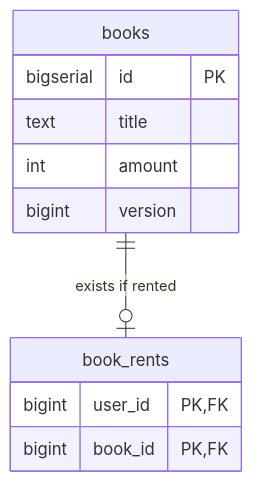
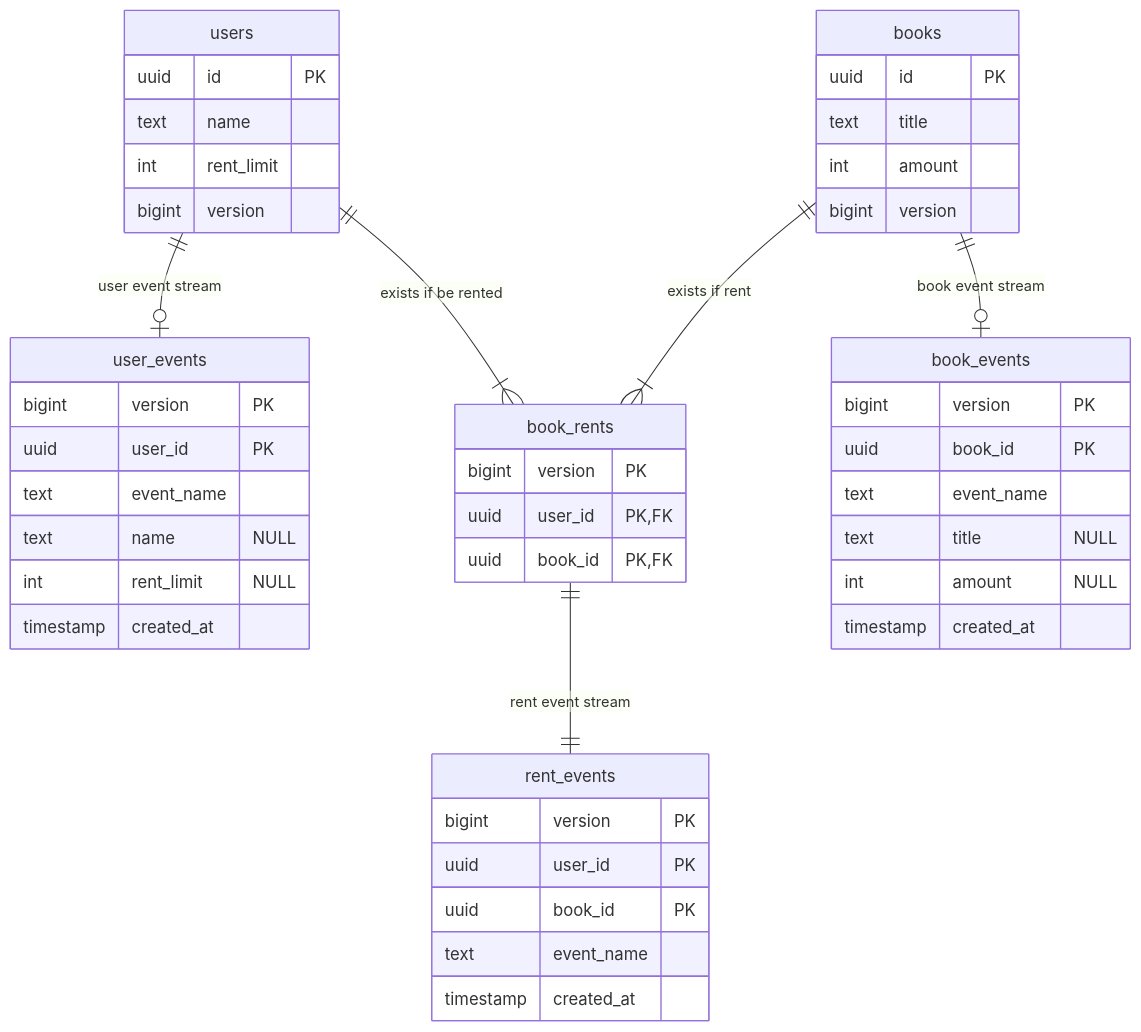
The diagram in kmnlib_back/README.md (turtton/kmnlib), drawn with Mermaid before and after one commit. The commit also changed other lines of this file and 26 other files, not shown here.

````diff
--- a/kmnlib_back/README.md
+++ b/kmnlib_back/README.md
@@ -41,14 +11,49 @@
 ```mermaid
 erDiagram
+    users {
+        uuid id "PK"
+        text name
+        int rent_limit
+        bigint version
+    }
+    user_events {
+        bigint version "PK"
+        uuid user_id "PK"
+        text event_name
+        text name "NULL"
+        int rent_limit "NULL"
+        timestamp created_at
+    }
     books {
-        bigserial id "PK"
+        uuid id "PK"
         text title
         int amount
         bigint version
     }
     book_rents {
-        bigint user_id "PK,FK"
-        bigint book_id "PK,FK"
+        bigint version "PK"
+        uuid user_id "PK,FK"
+        uuid book_id "PK,FK"
     }
-    books ||--o| book_rents: "exists if rented"
+    book_events {
+        bigint version "PK"
+        uuid book_id "PK"
+        text event_name
+        text title "NULL"
+        int amount "NULL"
+        timestamp created_at
+    }
+    rent_events {
+        bigint version "PK"
+        uuid user_id "PK"
+        uuid book_id "PK"
+        text event_name
+        timestamp created_at
+    }
+
+    books ||--|{ book_rents: "exists if rent"
+    books ||--o| book_events: "book event stream"
+    users ||--o| user_events: "user event stream"
+    users ||--|{ book_rents: "exists if be rented"
+    book_rents ||--|| rent_events: "rent event stream"
 ```
````
